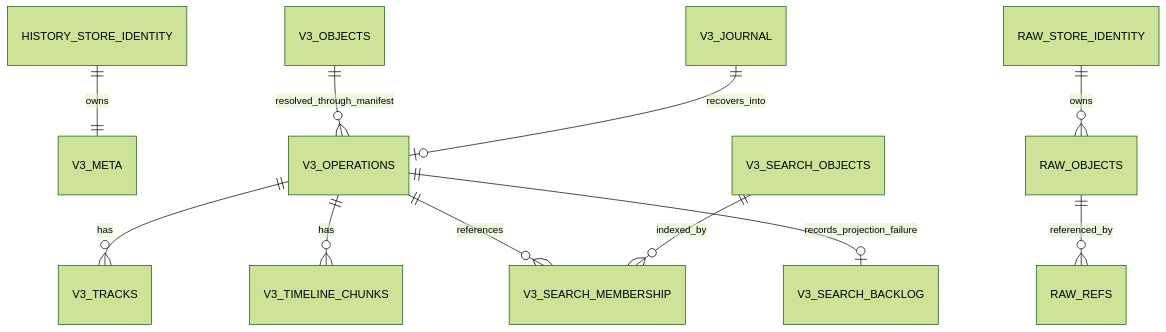
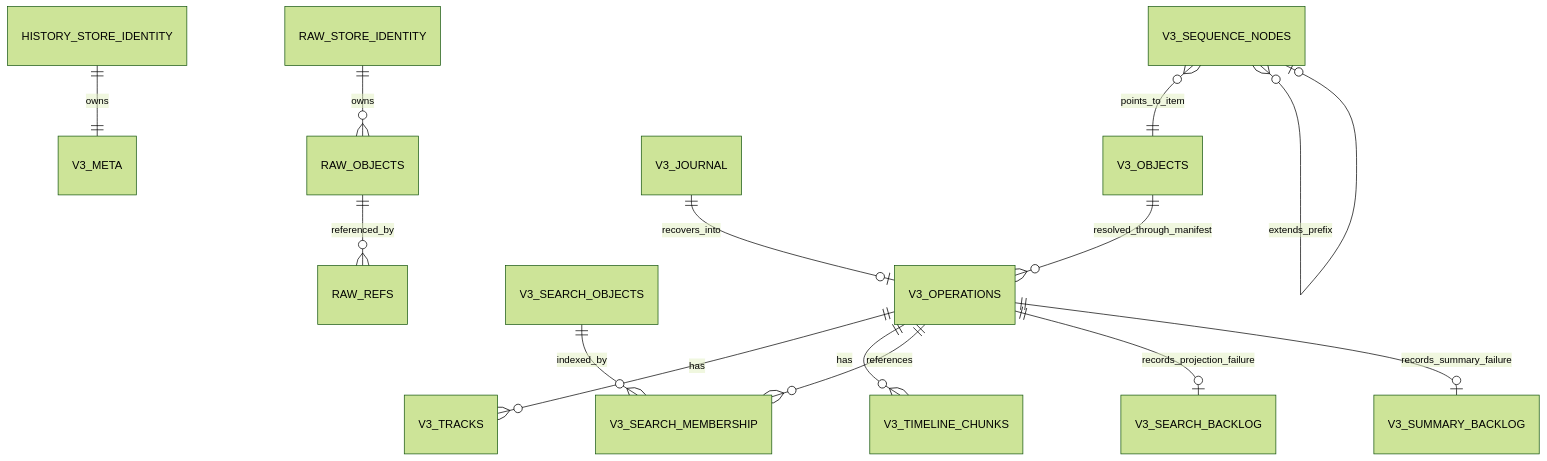
One commit to puxu-msft/copilot-api-js changed the diagram in docs/history-v3-schema.md. Above: the diagram before and after it, drawn with Mermaid (forest theme). The commit also changed other lines of this file and 24 other files, not shown here.

````diff
--- a/docs/history-v3-schema.md
+++ b/docs/history-v3-schema.md
@@ -22,13 +22,16 @@
 ```mermaid
 erDiagram
     HISTORY_STORE_IDENTITY ||--|| V3_META : owns
     V3_OPERATIONS ||--o{ V3_TRACKS : has
     V3_OPERATIONS ||--o{ V3_TIMELINE_CHUNKS : has
     V3_OPERATIONS ||--o{ V3_SEARCH_MEMBERSHIP : references
     V3_SEARCH_OBJECTS ||--o{ V3_SEARCH_MEMBERSHIP : indexed_by
     V3_OBJECTS ||--o{ V3_OPERATIONS : resolved_through_manifest
+    V3_SEQUENCE_NODES }o--|| V3_OBJECTS : points_to_item
+    V3_SEQUENCE_NODES }o--o| V3_SEQUENCE_NODES : extends_prefix
     V3_JOURNAL ||--o| V3_OPERATIONS : recovers_into
     V3_OPERATIONS ||--o| V3_SEARCH_BACKLOG : records_projection_failure
+    V3_OPERATIONS ||--o| V3_SUMMARY_BACKLOG : records_summary_failure
     RAW_STORE_IDENTITY ||--o{ RAW_OBJECTS : owns
     RAW_OBJECTS ||--o{ RAW_REFS : referenced_by
 ```
````
